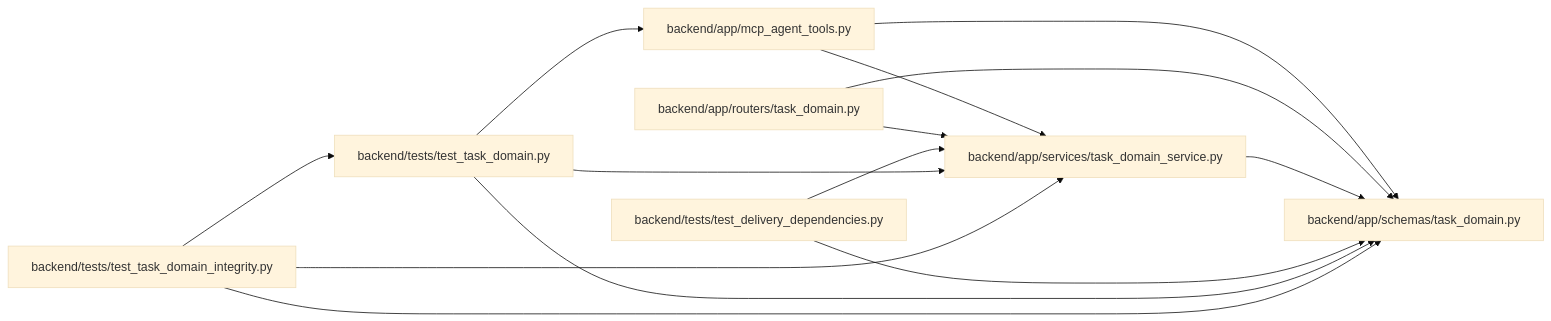
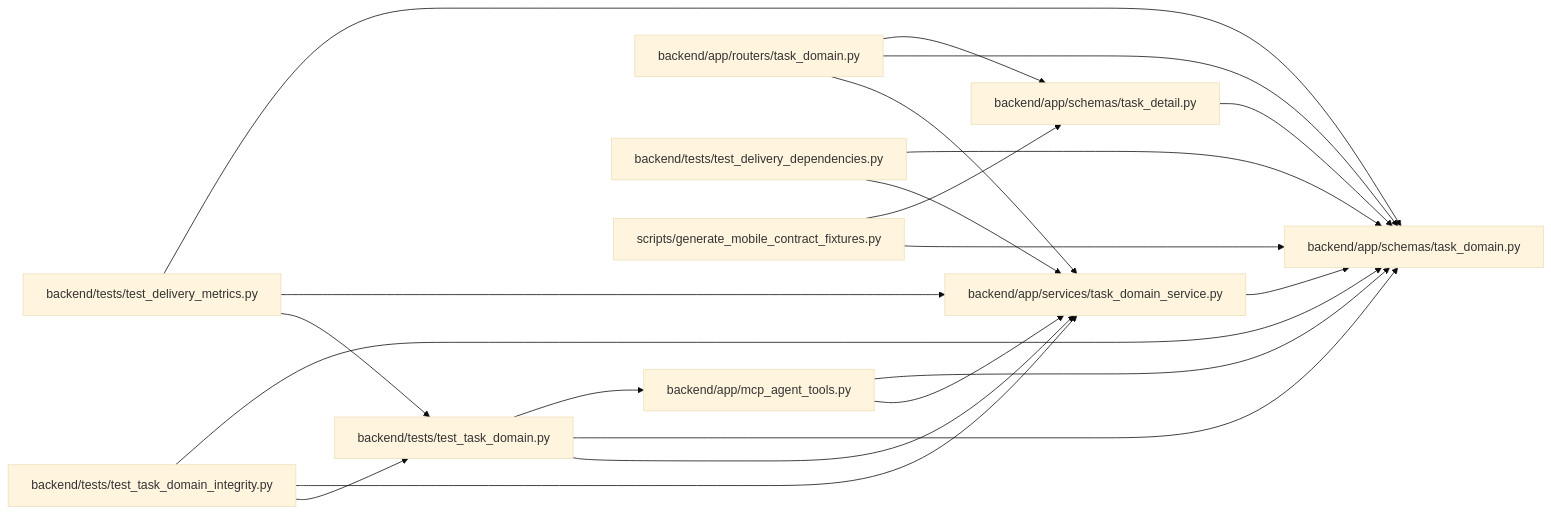
Before and after one commit to Denissvgn/WorkChord: the diagram in docs/llm_wiki/modules/schemas_task_domain.md, drawn with Mermaid (base theme). The commit also changed other lines of this file and 6624 other files, not shown here.

````diff
--- a/docs/llm_wiki/modules/schemas_task_domain.md
+++ b/docs/llm_wiki/modules/schemas_task_domain.md
@@ -19,30 +19,43 @@
 ```mermaid
 flowchart LR
     n0["backend/app/mcp_agent_tools.py"]
     n1["backend/app/routers/task_domain.py"]
-    n2["backend/app/schemas/task_domain.py"]
-    n3["backend/app/services/task_domain_service.py"]
-    n4["backend/tests/test_delivery_dependencies.py"]
-    n5["backend/tests/test_task_domain.py"]
-    n6["backend/tests/test_task_domain_integrity.py"]
-    n0 --> n2
+    n2["backend/app/schemas/task_detail.py"]
+    n3["backend/app/schemas/task_domain.py"]
+    n4["backend/app/services/task_domain_service.py"]
+    n5["backend/tests/test_delivery_dependencies.py"]
+    n6["backend/tests/test_delivery_metrics.py"]
+    n7["backend/tests/test_task_domain.py"]
+    n8["backend/tests/test_task_domain_integrity.py"]
+    n9["scripts/generate_mobile_contract_fixtures.py"]
     n0 --> n3
+    n0 --> n4
     n1 --> n2
     n1 --> n3
-    n3 --> n2
-    n4 --> n2
+    n1 --> n4
+    n2 --> n3
     n4 --> n3
-    n5 --> n0
-    n5 --> n2
     n5 --> n3
-    n6 --> n2
+    n5 --> n4
     n6 --> n3
-    n6 --> n5
+    n6 --> n4
+    n6 --> n7
+    n7 --> n0
+    n7 --> n3
+    n7 --> n4
+    n8 --> n3
+    n8 --> n4
+    n8 --> n7
+    n9 --> n2
+    n9 --> n3
     click n0 "../modules/mcp_agent_tools.md"
     click n1 "../modules/routers_task_domain.md"
-    click n2 "../modules/schemas_task_domain.md"
-    click n3 "../modules/task_domain_service.md"
-    click n4 "../modules/test_delivery_dependencies.md"
-    click n5 "../modules/test_task_domain.md"
-    click n6 "../modules/test_task_domain_integrity.md"
+    click n2 "../modules/task_detail.md"
+    click n3 "../modules/schemas_task_domain.md"
+    click n4 "../modules/task_domain_service.md"
+    click n5 "../modules/test_delivery_dependencies.md"
+    click n6 "../modules/test_delivery_metrics.md"
+    click n7 "../modules/test_task_domain.md"
+    click n8 "../modules/test_task_domain_integrity.md"
+    click n9 "../modules/generate_mobile_contract_fixtures.md"
 ```
````
